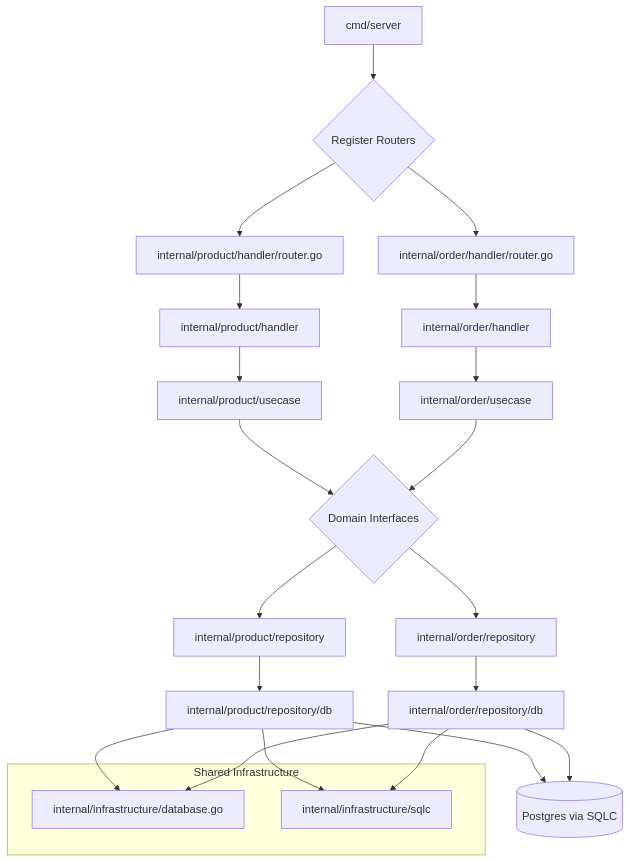
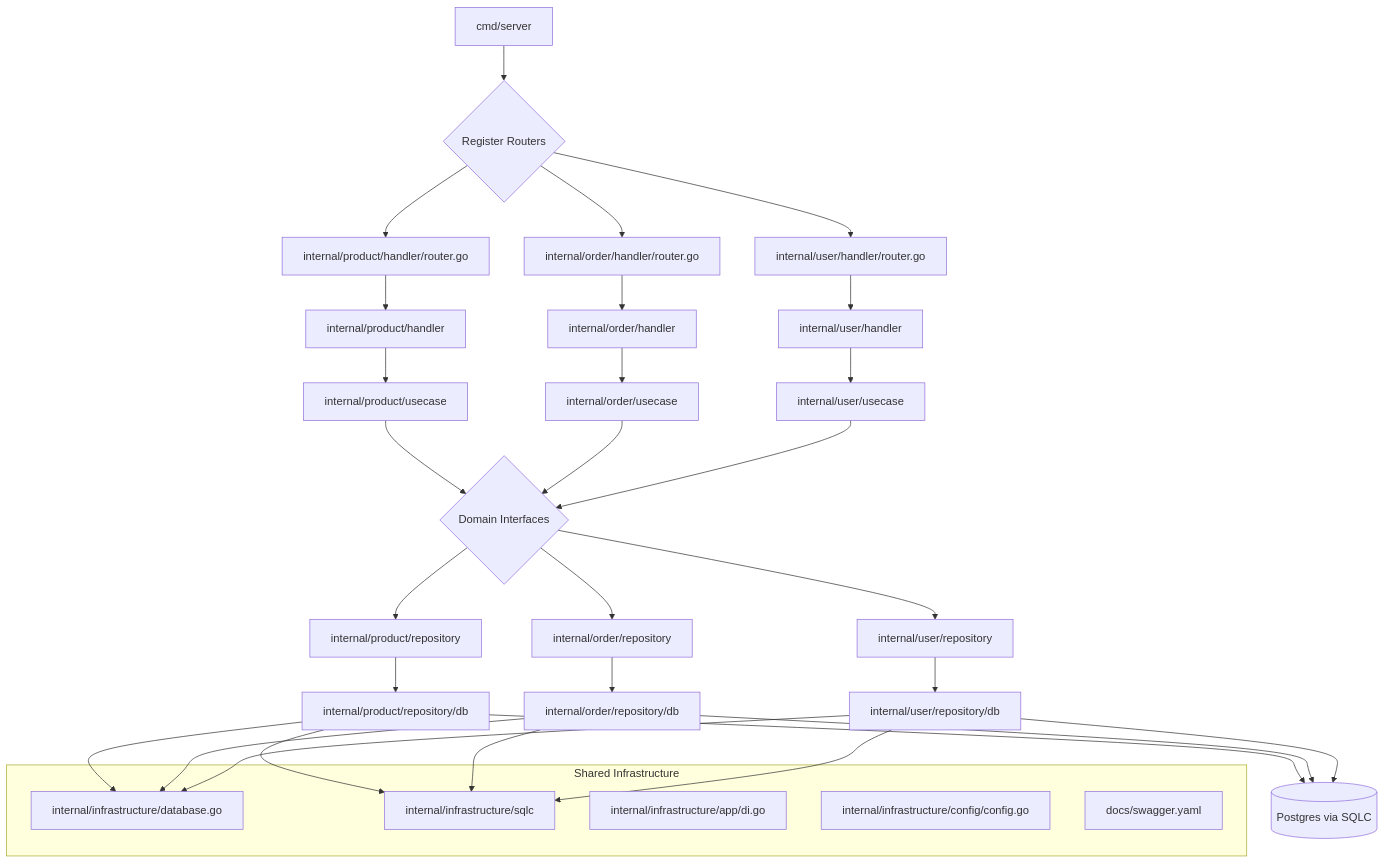
The diagram in .kilocode/rules/memory-bank/architecture.md (zercle/gofiber-skeleton), drawn with Mermaid before and after one commit. The commit also changed 3 other files, not shown here.

First line of the commit message:
chore(memory-bank): update architecture and core memory bank files

````diff
--- a/.kilocode/rules/memory-bank/architecture.md
+++ b/.kilocode/rules/memory-bank/architecture.md
@@ -34,34 +34,46 @@
 ```mermaid
 graph TD
     A[cmd/server] --> B{Register Routers}
     B --> C[internal/product/handler/router.go]
     B --> D[internal/order/handler/router.go]
+    B --> U[internal/user/handler/router.go]
     
     C --> E[internal/product/handler]
     D --> F[internal/order/handler]
+    U --> X[internal/user/handler]
 
     E --> G[internal/product/usecase]
     F --> H[internal/order/usecase]
+    X --> Y[internal/user/usecase]
 
     G --> I{Domain Interfaces}
     H --> I
+    Y --> I
 
     I --> J[internal/product/repository]
     I --> K[internal/order/repository]
+    I --> Z[internal/user/repository]
 
     J --> L[internal/product/repository/db]
     K --> M[internal/order/repository/db]
+    Z --> AA[internal/user/repository/db]
 
     L --> N[(Postgres via SQLC)]
     M --> N
+    AA --> N
     
     subgraph Shared Infrastructure
         O[internal/infrastructure/database.go]
         P[internal/infrastructure/sqlc]
+        Q[internal/infrastructure/app/di.go]
+        R[internal/infrastructure/config/config.go]
+        S[docs/swagger.yaml]
     end
 
     L --> O
     M --> O
+    AA --> O
     L --> P
     M --> P
+    AA --> P
 ```
````
